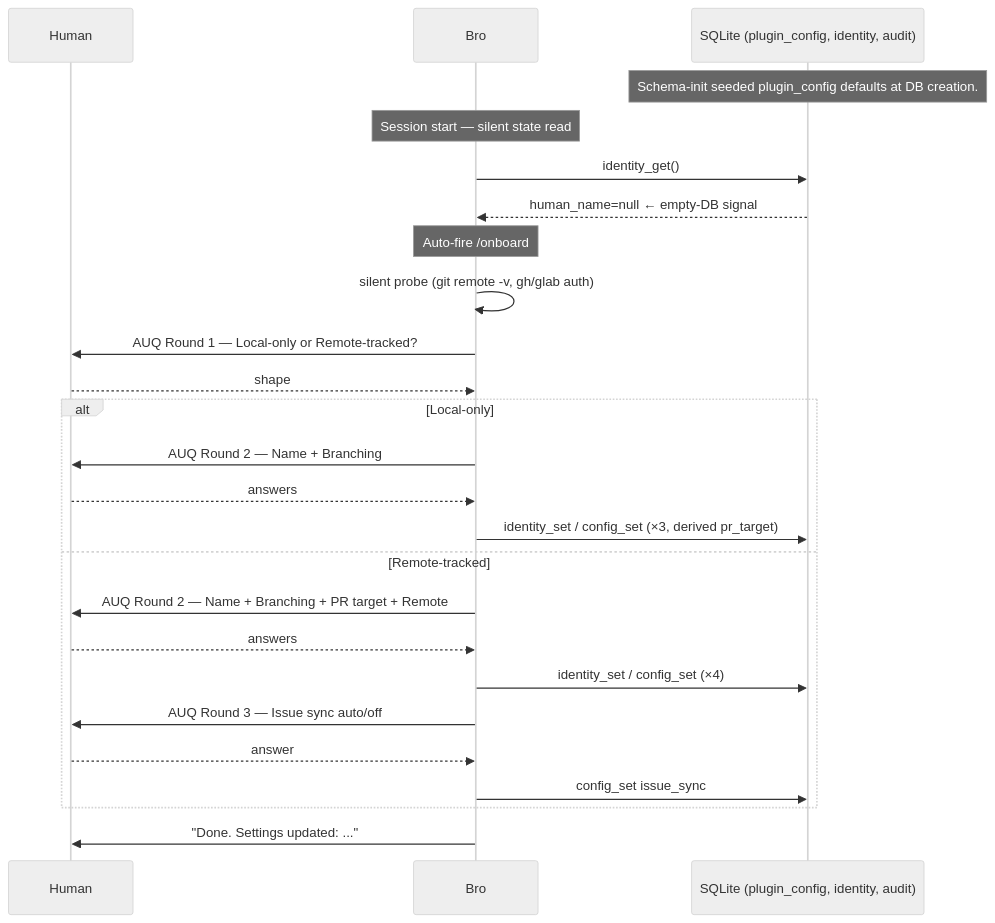
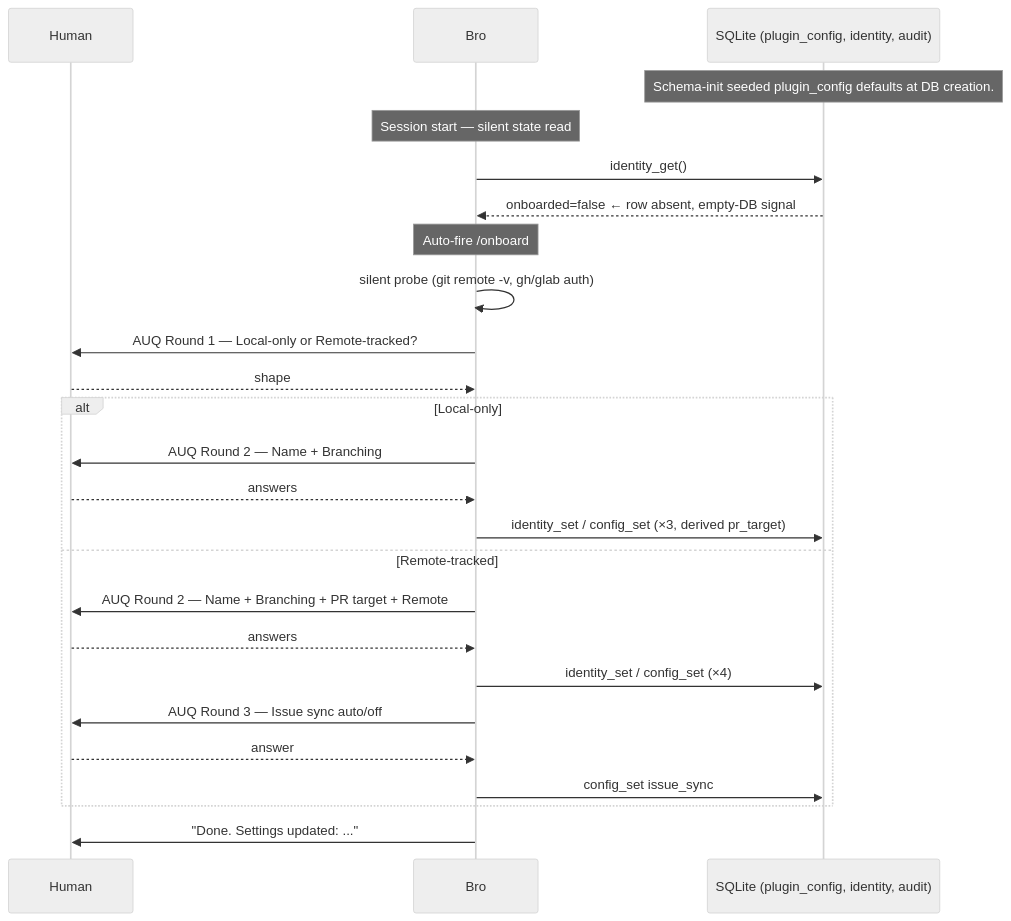
Before and after one commit to trustmybot/plugin: the first of 12 diagrams in docs/architecture/FLOWS.md, drawn with Mermaid (neutral theme). The commit also changed other lines of this file and 35 other files, not shown here.

````diff
--- a/docs/architecture/FLOWS.md
+++ b/docs/architecture/FLOWS.md
@@ -80,32 +80,32 @@
 ```mermaid
 sequenceDiagram
     participant H as Human
     participant G as Bro
     participant DB as SQLite (plugin_config, identity, audit)
 
     Note over DB: Schema-init seeded plugin_config defaults at DB creation.
 
     Note over G: Session start — silent state read
     G->>DB: identity_get()
-    DB-->>G: human_name=null  ← empty-DB signal
+    DB-->>G: onboarded=false  ← row absent, empty-DB signal
 
     Note over G: Auto-fire /onboard
     G->>G: silent probe (git remote -v, gh/glab auth)
     G->>H: AUQ Round 1 — Local-only or Remote-tracked?
     H-->>G: shape
 
     alt Local-only
         G->>H: AUQ Round 2 — Name + Branching
         H-->>G: answers
         G->>DB: identity_set / config_set (×3, derived pr_target)
     else Remote-tracked
         G->>H: AUQ Round 2 — Name + Branching + PR target + Remote
         H-->>G: answers
         G->>DB: identity_set / config_set (×4)
         G->>H: AUQ Round 3 — Issue sync auto/off
         H-->>G: answer
         G->>DB: config_set issue_sync
     end
 
     G->>H: "Done. Settings updated: ..."
 ```
````
